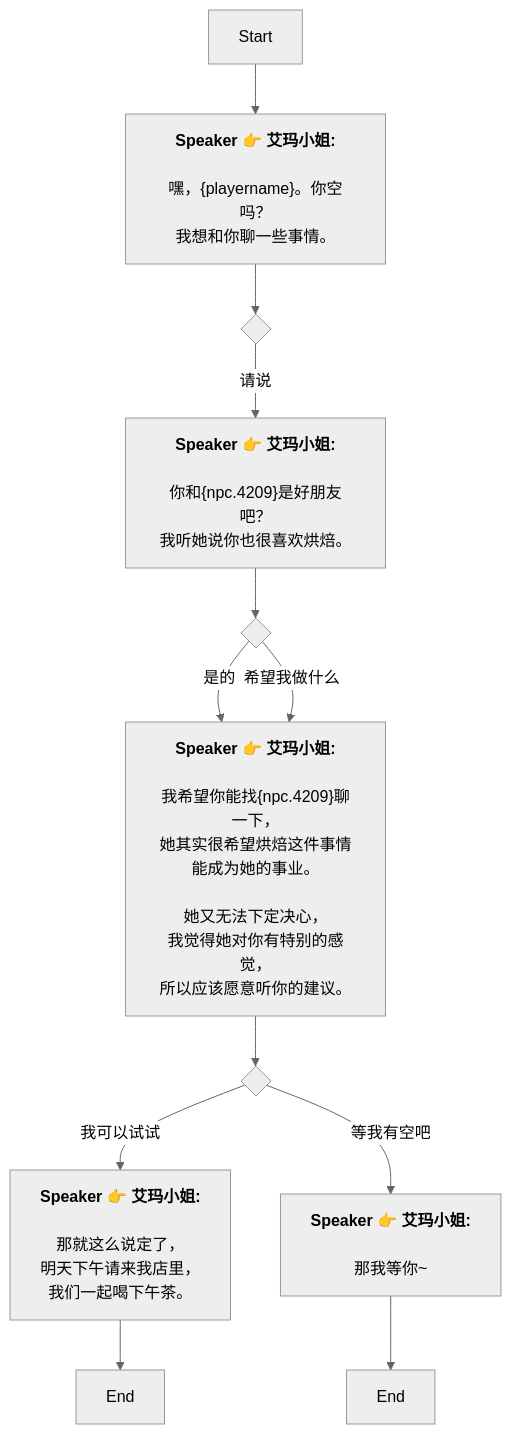
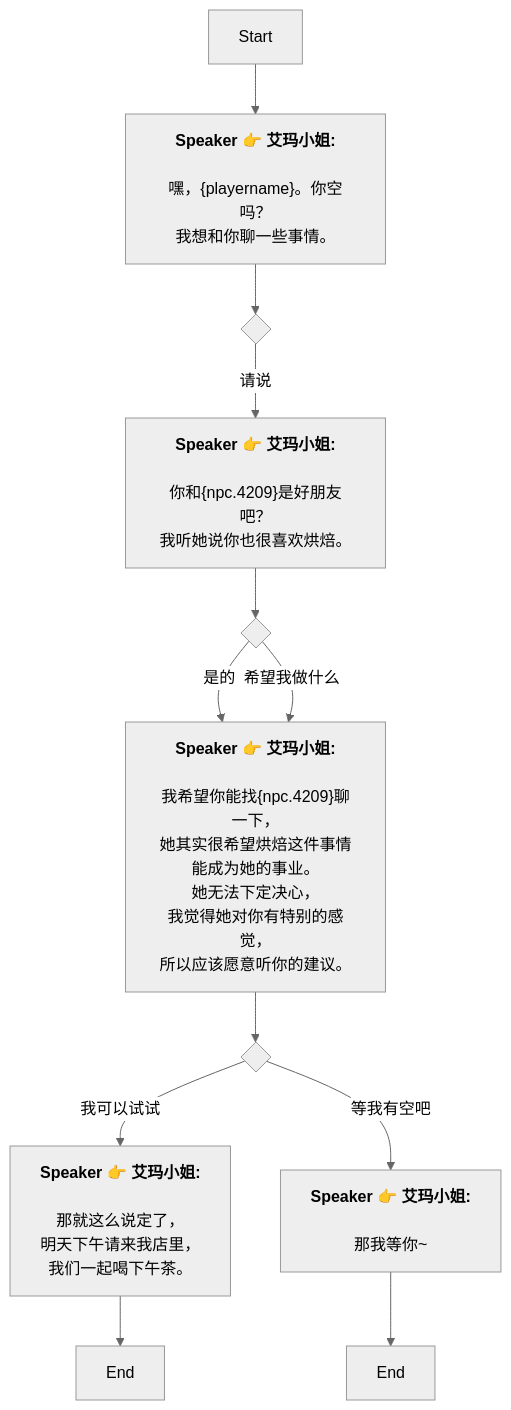
Before and after one commit to SoftHu/tos_avg: the diagram in Zh/QuestStartTalkENode_1754299649006153.md, drawn with Mermaid (neutral theme). The commit also changed 199 other files, not shown here.

````diff
--- a/Zh/QuestStartTalkENode_1754299649006153.md
+++ b/Zh/QuestStartTalkENode_1754299649006153.md
@@ -1,41 +1,39 @@
 ```mermaid
 graph
 Start -->1754300389577294[<b>Speaker 👉 艾玛小姐:</b>
 
 嘿，&lbrace;playername&rbrace;。你空吗？
 我想和你聊一些事情。]
 1754300389577294 -->1754300404323919{ }
 1754300404323919 -->|请说|1754300443254355[<b>Speaker 👉 艾玛小姐:</b>
 
 你和&lbrace;npc.4209&rbrace;是好朋友吧？
 我听她说你也很喜欢烘焙。]
 1754300443254355 -->1754300463846996{ }
 1754300463846996 -->|是的|1754300489287257[<b>Speaker 👉 艾玛小姐:</b>
 
 我希望你能找&lbrace;npc.4209&rbrace;聊一下，
 她其实很希望烘焙这件事情能成为她的事业。
-
-她又无法下定决心，
+她无法下定决心，
 我觉得她对你有特别的感觉，
 所以应该愿意听你的建议。]
 1754300463846996 -->|希望我做什么|1754300489287257[<b>Speaker 👉 艾玛小姐:</b>
 
 我希望你能找&lbrace;npc.4209&rbrace;聊一下，
 她其实很希望烘焙这件事情能成为她的事业。
-
-她又无法下定决心，
+她无法下定决心，
 我觉得她对你有特别的感觉，
 所以应该愿意听你的建议。]
 1754300489287257 -->1754300567494234{ }
 1754300567494234 -->|我可以试试|1754300932487777[<b>Speaker 👉 艾玛小姐:</b>
 
 那就这么说定了，
 明天下午请来我店里，
 我们一起喝下午茶。]
 1754300567494234 -->|等我有空吧|1754300946867810[<b>Speaker 👉 艾玛小姐:</b>
 
 那我等你~]
 1754300932487777 -->1754300921031264[End]
 1754300946867810 -->1754300914270815[End]
 
  ```
````
